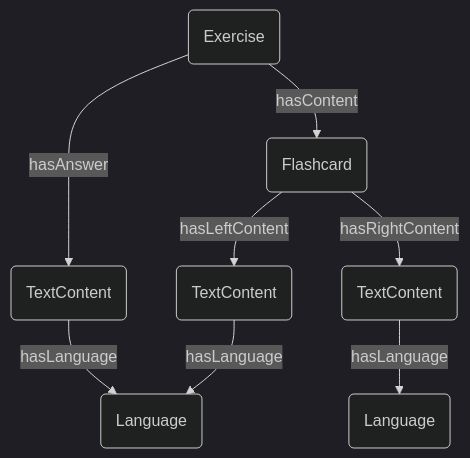
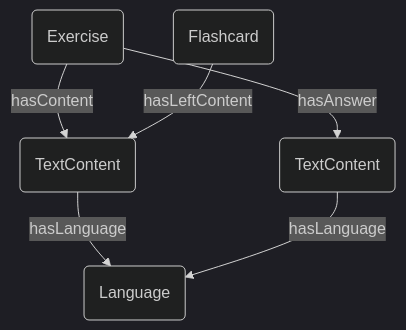
Before and after one commit to Explik/diybirdyapp: diagram 14 of 16 in docs/graph-representation.md, drawn with Mermaid (dark theme). The commit also changed other lines of this file, not shown here.

````diff
--- a/docs/graph-representation.md
+++ b/docs/graph-representation.md
@@ -198,18 +205,14 @@
 ```mermaid
 graph TB
 Exercise(Exercise)
 Flashcard(Flashcard)
 TextContent1(TextContent)
 TextContent2A(TextContent)
-TextContent2B(TextContent)
 Language1(Language)
-Language2(Language)
 
-Exercise--hasContent-->Flashcard
+Exercise--hasContent-->TextContent2A
 Flashcard--hasLeftContent-->TextContent2A
-Flashcard--hasRightContent-->TextContent2B
 TextContent2A--hasLanguage-->Language1
-TextContent2B--hasLanguage-->Language2
 Exercise--hasAnswer-->TextContent1
 TextContent1--hasLanguage-->Language1
 ```
````
